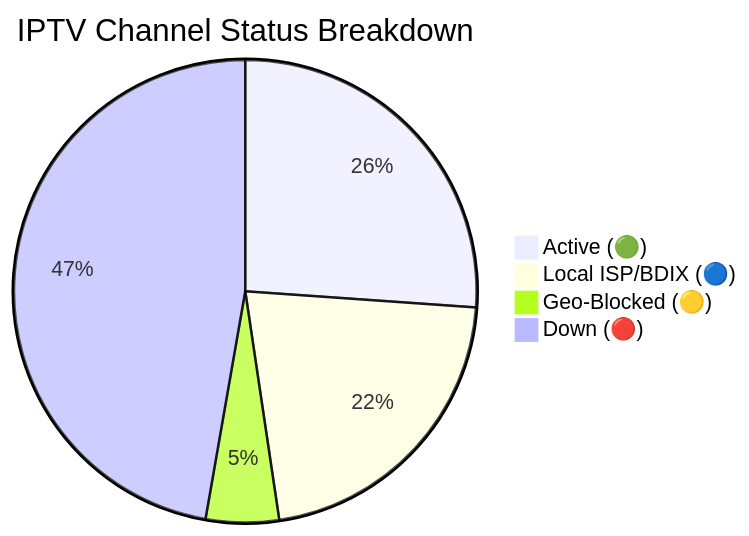
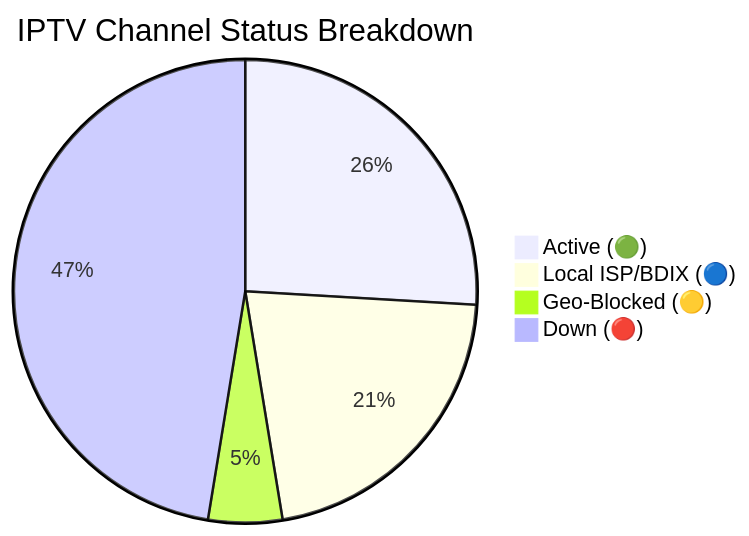
One commit to Zaman-Topu/Ip-tv-Collection changed the diagram in README.md. Above: the diagram before and after it, drawn with Mermaid. The commit also changed other lines of this file and 6 other files, not shown here.

````diff
--- a/README.md
+++ b/README.md
@@ -118,7 +118,7 @@
 ```mermaid
 pie title IPTV Channel Status Breakdown
-    "Active (🟢)" : 10887
-    "Local ISP/BDIX (🔵)" : 8973
-    "Geo-Blocked (🟡)" : 2127
-    "Down (🔴)" : 19694
+    "Active (🟢)" : 10821
+    "Local ISP/BDIX (🔵)" : 8962
+    "Geo-Blocked (🟡)" : 2156
+    "Down (🔴)" : 19784
 ```
````
